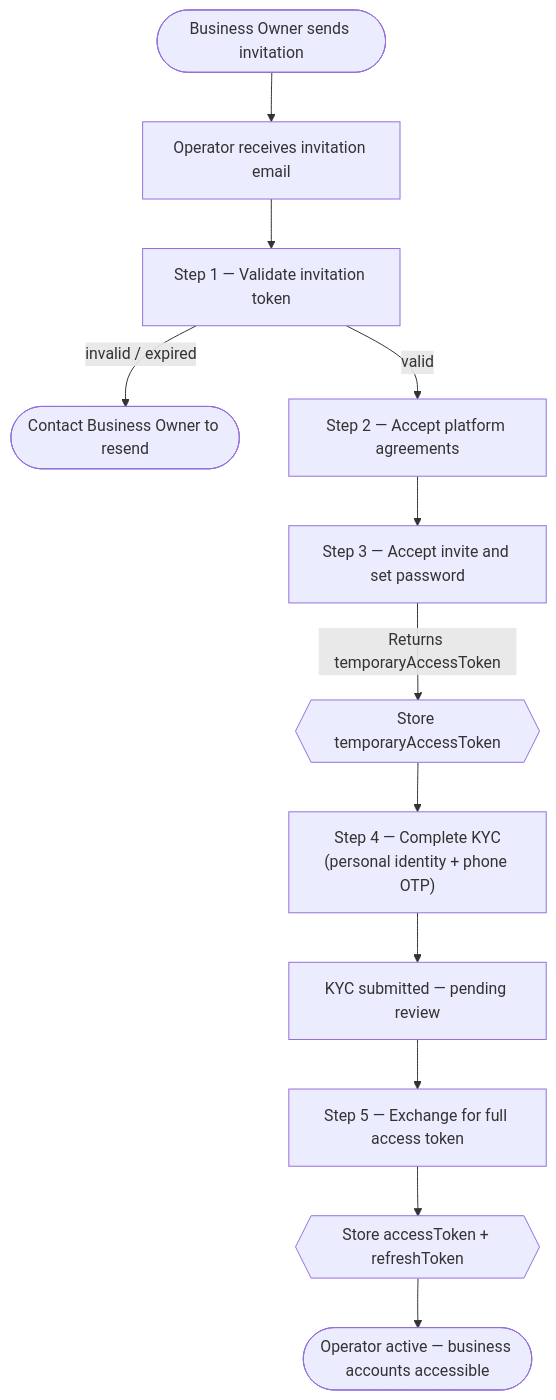
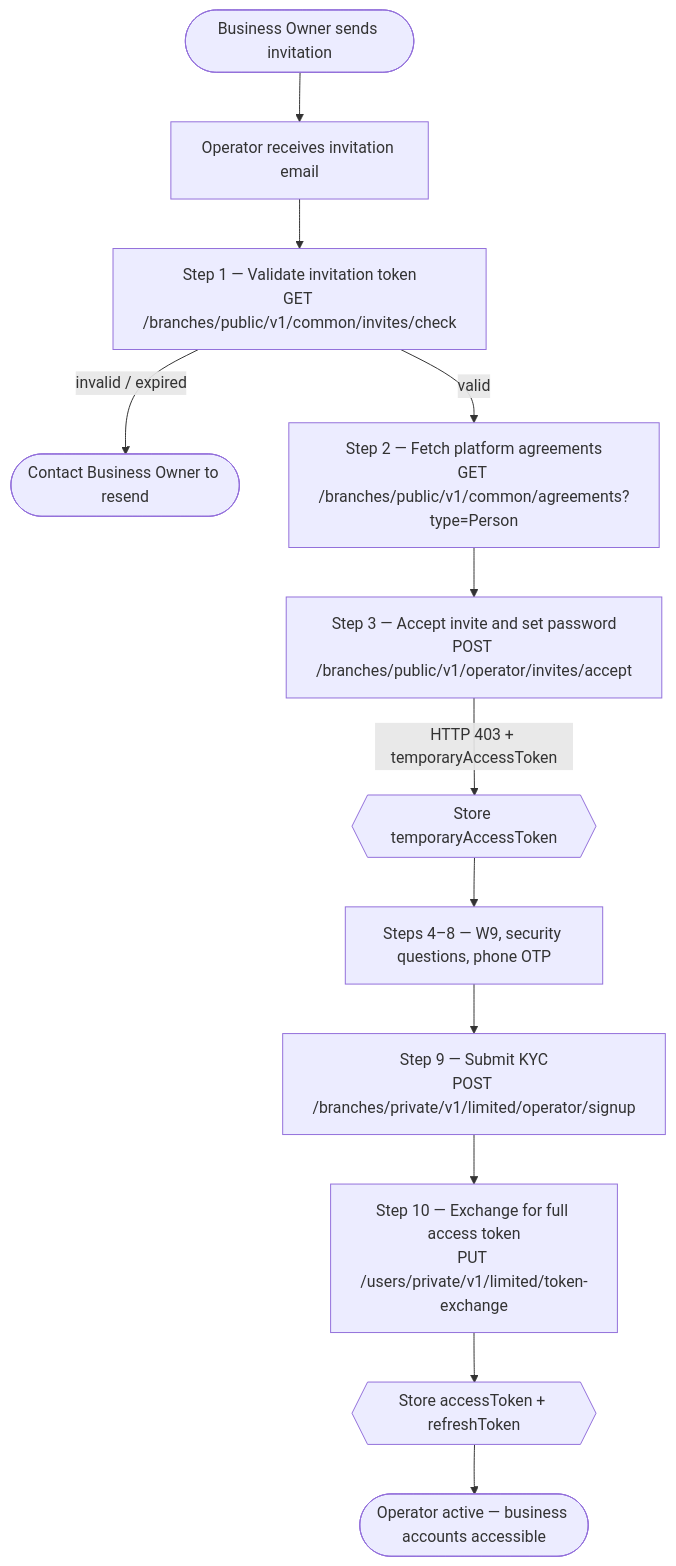
Before and after one commit to skhan-cpu/readme-paid: the diagram in docs/Getting Started/operator/index.md, drawn with Mermaid. The commit also changed other lines of this file and 82 other files, not shown here.

````diff
--- a/docs/Getting Started/operator/index.md
+++ b/docs/Getting Started/operator/index.md
@@ -27,15 +27,15 @@
 ```mermaid
 flowchart TD
     A(["Business Owner sends invitation"])
     A --> B["Operator receives invitation email"]
-    B --> C["Step 1 — Validate invitation token"]
+    B --> C["Step 1 — Validate invitation token\nGET /branches/public/v1/common/invites/check"]
     C -->|invalid / expired| ERR(["Contact Business Owner to resend"])
-    C -->|valid| D["Step 2 — Accept platform agreements"]
-    D --> E["Step 3 — Accept invite and set password"]
-    E -->|Returns temporaryAccessToken| F{{"Store temporaryAccessToken"}}
-    F --> G["Step 4 — Complete KYC\n(personal identity + phone OTP)"]
-    G --> H["KYC submitted — pending review"]
-    H --> I["Step 5 — Exchange for full access token"]
+    C -->|valid| D["Step 2 — Fetch platform agreements\nGET /branches/public/v1/common/agreements?type=Person"]
+    D --> E["Step 3 — Accept invite and set password\nPOST /branches/public/v1/operator/invites/accept"]
+    E -->|HTTP 403 + temporaryAccessToken| F{{"Store temporaryAccessToken"}}
+    F --> G["Steps 4–8 — W9, security questions, phone OTP"]
+    G --> H["Step 9 — Submit KYC\nPOST /branches/private/v1/limited/operator/signup"]
+    H --> I["Step 10 — Exchange for full access token\nPUT /users/private/v1/limited/token-exchange"]
     I --> J{{"Store accessToken + refreshToken"}}
     J --> K(["Operator active — business accounts accessible"])
 ```
````
